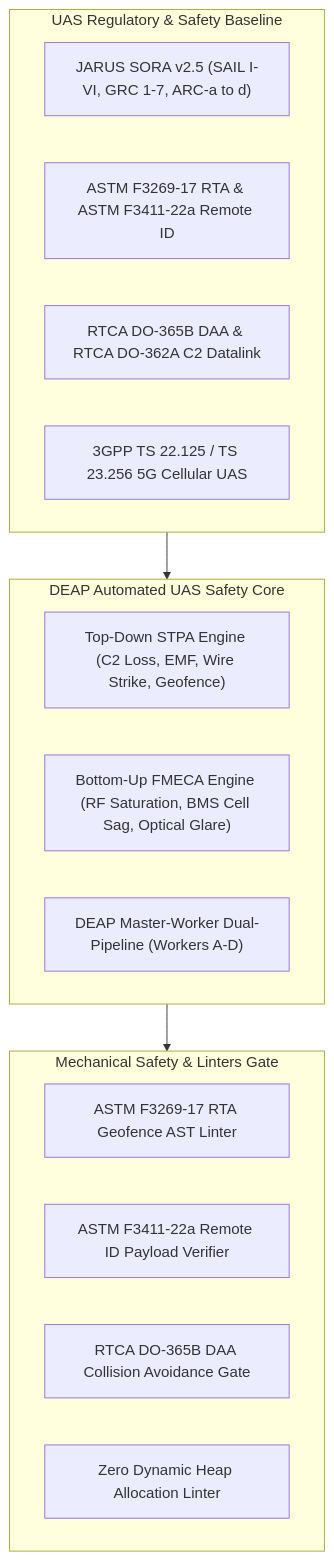
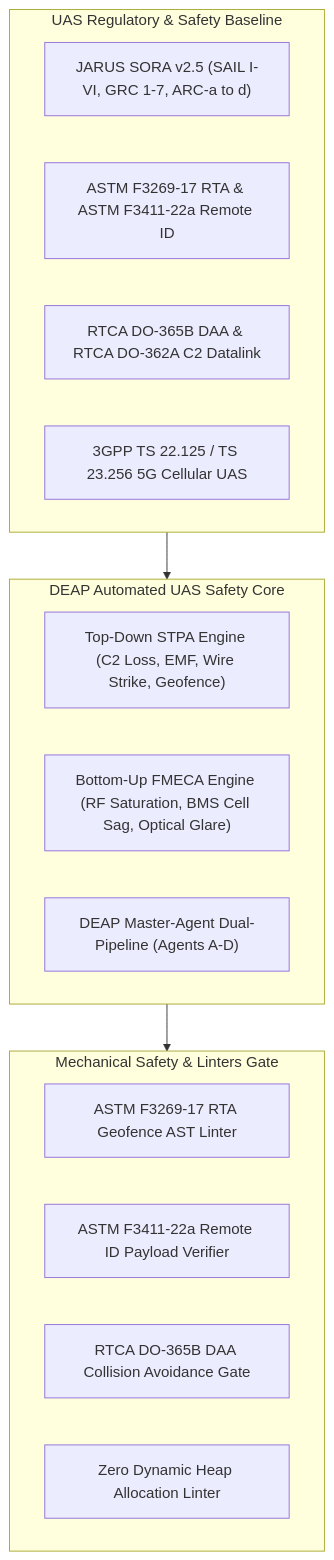
One commit to gintatkinson/digital-pipeline-repo changed the first of 7 diagrams in docs/architecture/blueprints/DEAP_UAS_INFRASTRUCTURE_SAFETY_CONCEPT_PAPER.md. Above: the diagram before and after it, drawn with Mermaid. The commit also changed other lines of this file, not shown here.

Commit message:
docs: update master-worker to master-agent in DEAP UAS safety concept paper

````diff
--- a/docs/architecture/blueprints/DEAP_UAS_INFRASTRUCTURE_SAFETY_CONCEPT_PAPER.md
+++ b/docs/architecture/blueprints/DEAP_UAS_INFRASTRUCTURE_SAFETY_CONCEPT_PAPER.md
@@ -22,25 +22,25 @@
 ```mermaid
 flowchart TD
     subgraph Regulatory ["UAS Regulatory & Safety Baseline"]
         R1["JARUS SORA v2.5 (SAIL I-VI, GRC 1-7, ARC-a to d)"]
         R2["ASTM F3269-17 RTA & ASTM F3411-22a Remote ID"]
         R3["RTCA DO-365B DAA & RTCA DO-362A C2 Datalink"]
         R4["3GPP TS 22.125 / TS 23.256 5G Cellular UAS"]
     end
 
     subgraph DEAP_Core ["DEAP Automated UAS Safety Core"]
         STPA_Engine["Top-Down STPA Engine (C2 Loss, EMF, Wire Strike, Geofence)"]
         FMECA_Engine["Bottom-Up FMECA Engine (RF Saturation, BMS Cell Sag, Optical Glare)"]
-        Dual_Pipe["DEAP Master-Worker Dual-Pipeline (Workers A-D)"]
+        Dual_Pipe["DEAP Master-Agent Dual-Pipeline (Agents A-D)"]
     end
 
     subgraph Verification ["Mechanical Safety & Linters Gate"]
         RTA_Gate["ASTM F3269-17 RTA Geofence AST Linter"]
         RID_Gate["ASTM F3411-22a Remote ID Payload Verifier"]
         DAA_Gate["RTCA DO-365B DAA Collision Avoidance Gate"]
         Heap_Gate["Zero Dynamic Heap Allocation Linter"]
     end
 
     Regulatory --> DEAP_Core
     DEAP_Core --> Verification
 ```
````
